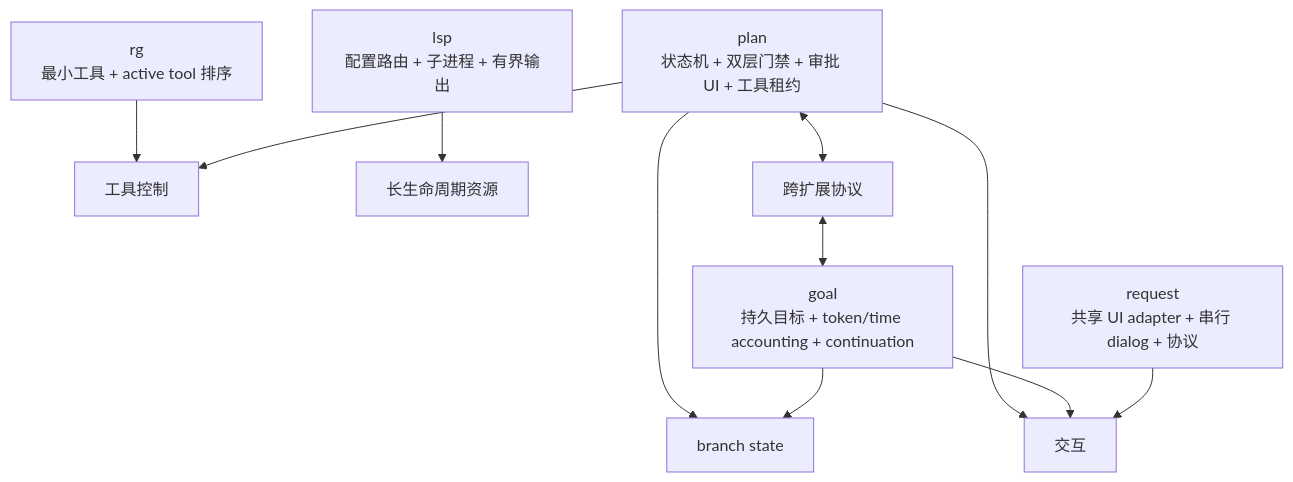
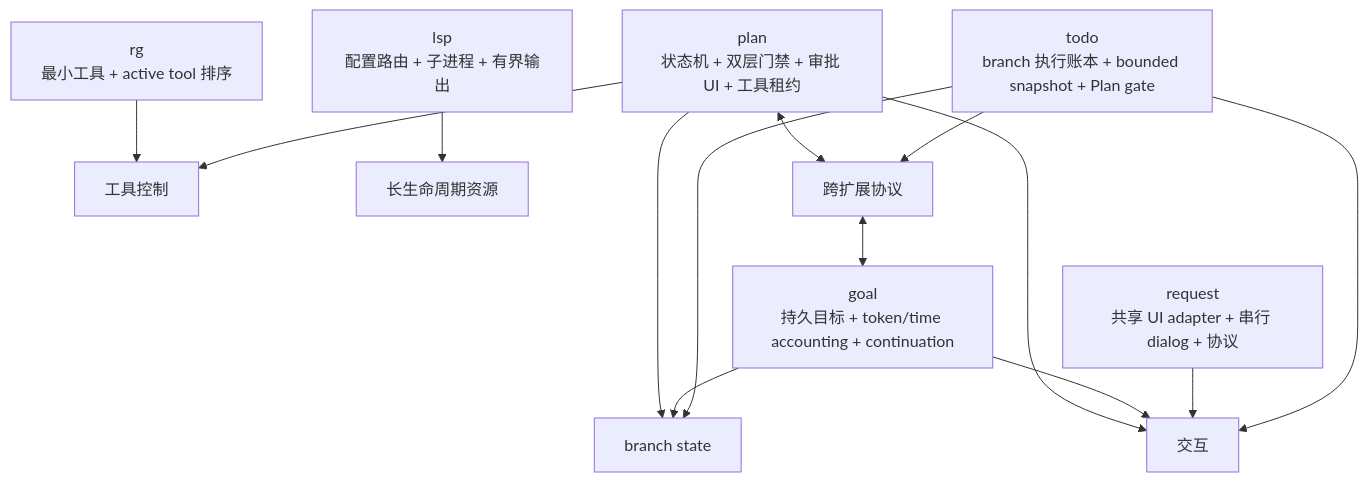
Diagram 19 of 19 in docs/design/04-extension-system.md (jaronic/pi-extensions), drawn with Mermaid before and after one commit. The commit also changed other lines of this file and 10 other files, not shown here.

````diff
--- a/docs/design/04-extension-system.md
+++ b/docs/design/04-extension-system.md
@@ -458,18 +458,22 @@
 ```mermaid
 flowchart TB
     RG[rg<br/>最小工具 + active tool 排序]
     Plan[plan<br/>状态机 + 双层门禁 + 审批 UI + 工具租约]
     Goal[goal<br/>持久目标 + token/time accounting + continuation]
     LSP[lsp<br/>配置路由 + 子进程 + 有界输出]
     Request[request<br/>共享 UI adapter + 串行 dialog + 协议]
+    Todo[todo<br/>branch 执行账本 + bounded snapshot + Plan gate]
 
     RG --> Tools[工具控制]
     Plan --> Tools
     Plan --> State[branch state]
     Goal --> State
     Plan --> UI[交互]
     Goal --> UI
     Request --> UI
     LSP --> Resource[长生命周期资源]
     Plan <--> Protocol[跨扩展协议] <--> Goal
+    Todo --> State
+    Todo --> UI
+    Todo --> Protocol
 ```
````
